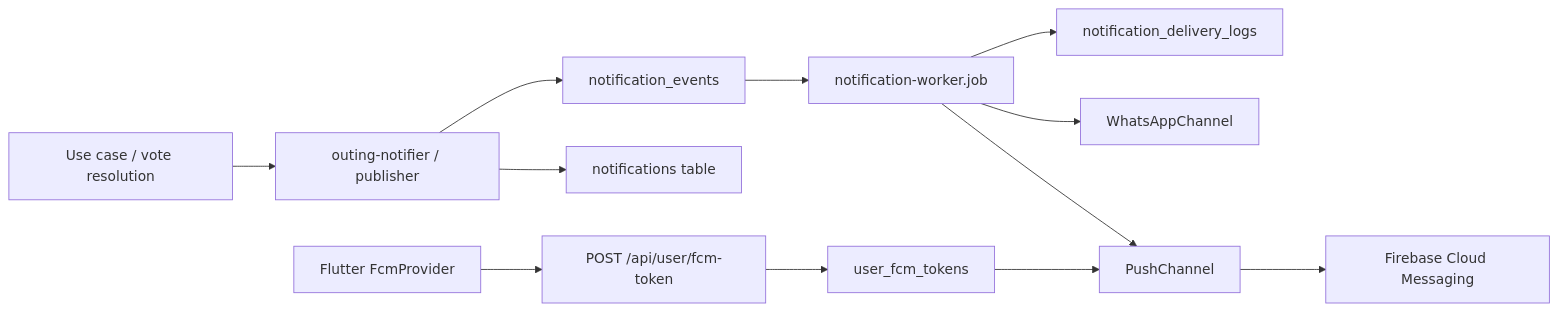
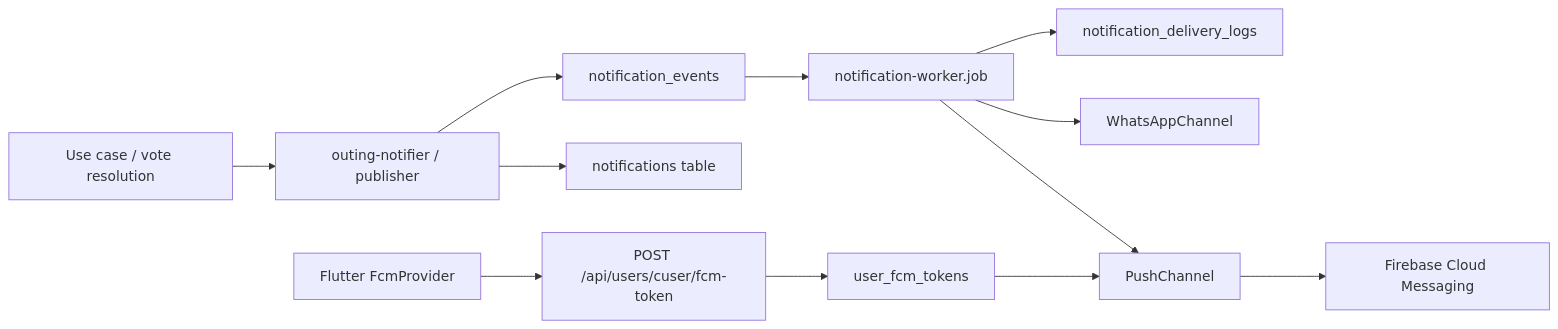
Before and after one commit to MohamedMSalah/yalla5roga: the diagram in docs/NOTIFICATIONS.md, drawn with Mermaid. The commit also changed other lines of this file and 168 other files, not shown here.

````diff
--- a/docs/NOTIFICATIONS.md
+++ b/docs/NOTIFICATIONS.md
@@ -12,14 +12,14 @@
 ```mermaid
 flowchart LR
   Trigger[Use case / vote resolution] --> Fanout[outing-notifier / publisher]
   Fanout --> Inbox[notifications table]
   Fanout --> Outbox[notification_events]
   Outbox --> Worker[notification-worker.job]
   Worker --> Push[PushChannel]
   Worker --> WA[WhatsAppChannel]
   Worker --> Logs[notification_delivery_logs]
   Push --> FCM[Firebase Cloud Messaging]
-  FlutterReg[Flutter FcmProvider] --> TokenAPI[POST /api/user/fcm-token]
+  FlutterReg[Flutter FcmProvider] --> TokenAPI[POST /api/users/cuser/fcm-token]
   TokenAPI --> Tokens[user_fcm_tokens]
   Tokens --> Push
 ```
````
